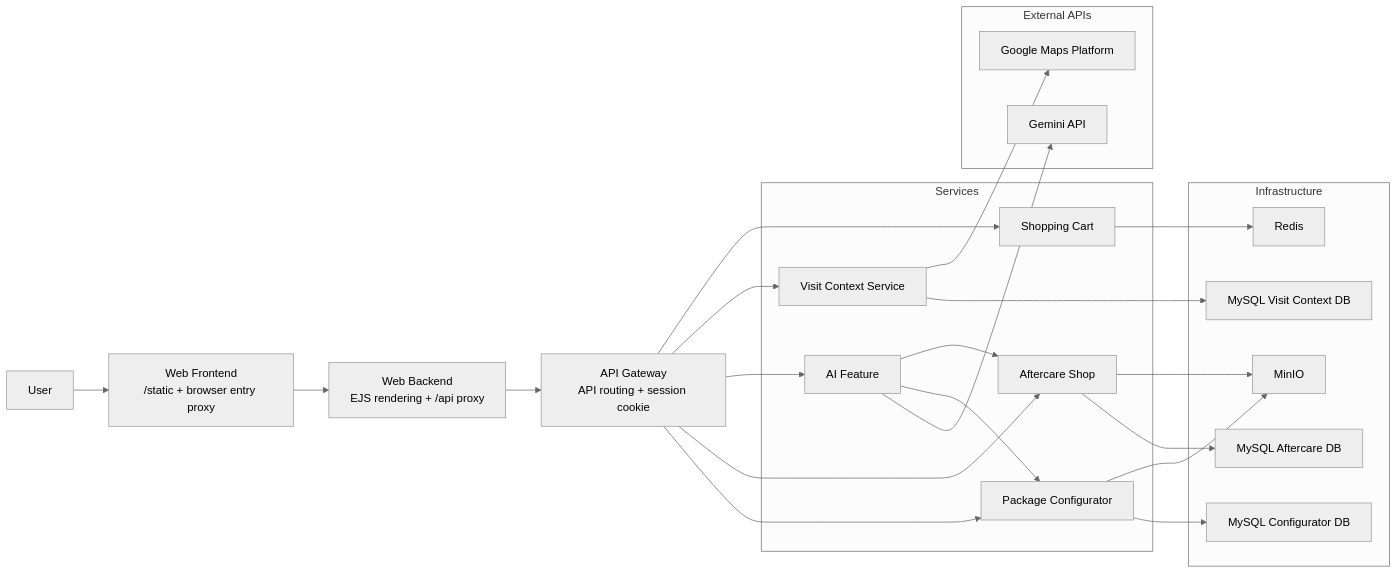
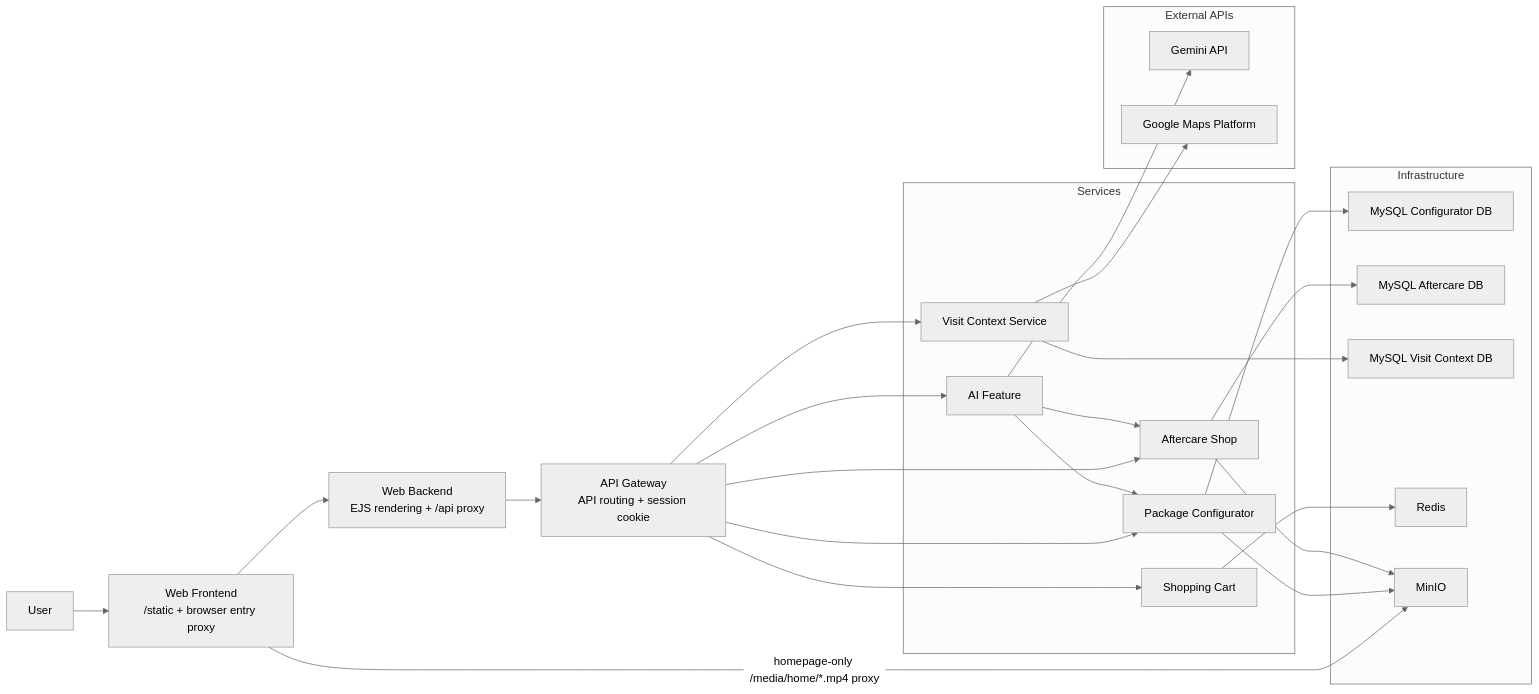
One commit to fangxiao-dev/wellness-center-webapp changed the diagram in docs/architecture.md. Above: the diagram before and after it, drawn with Mermaid (neutral theme). The commit also changed other lines of this file and 3 other files, not shown here.

````diff
--- a/docs/architecture.md
+++ b/docs/architecture.md
@@ -3,45 +3,46 @@
 ```mermaid
 flowchart LR
     user["User"]
     frontend["Web Frontend\n/static + browser entry proxy"]
     backend["Web Backend\nEJS rendering + /api proxy"]
     gateway["API Gateway\nAPI routing + session cookie"]
 
     subgraph services["Services"]
         configurator["Package Configurator"]
         aftercare["Aftercare Shop"]
         ai["AI Feature"]
         visit["Visit Context Service"]
         cart["Shopping Cart"]
     end
 
     subgraph data["Infrastructure"]
         mysqlConfigurator["MySQL Configurator DB"]
         mysqlAftercare["MySQL Aftercare DB"]
         mysqlVisit["MySQL Visit Context DB"]
         redis["Redis"]
         minio["MinIO"]
     end
 
     subgraph external["External APIs"]
         gemini["Gemini API"]
         google["Google Maps Platform"]
     end
 
     user --> frontend --> backend --> gateway
+    frontend -->|homepage-only /media/home/*.mp4 proxy| minio
     gateway --> configurator
     gateway --> aftercare
     gateway --> ai
     gateway --> visit
     gateway --> cart
     configurator --> mysqlConfigurator
     configurator --> minio
     aftercare --> mysqlAftercare
     aftercare --> minio
     visit --> mysqlVisit
     visit --> google
     ai --> gemini
     ai --> configurator
     ai --> aftercare
     cart --> redis
 ```
````
